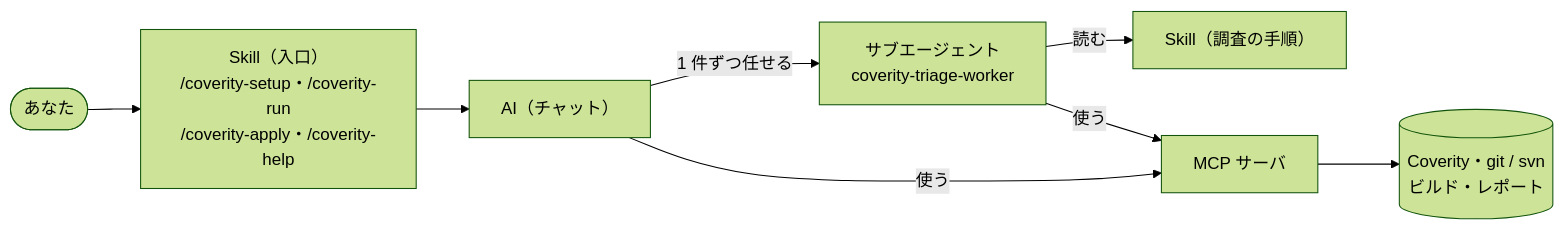
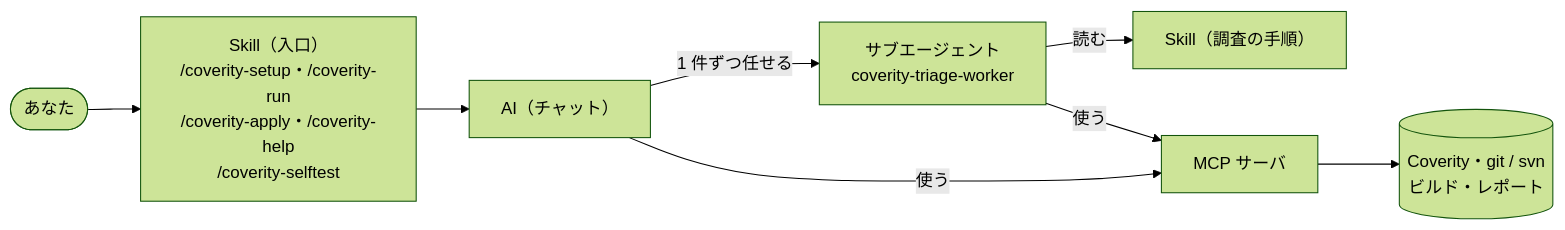
One commit to imaeda-hub/coverity-triage-agent changed the diagram in README.md. Above: the diagram before and after it, drawn with Mermaid (forest theme). The commit also changed other lines of this file and 18 other files, not shown here.

First line of the commit message:
動作確認の Skill /coverity-selftest を追加

````diff
--- a/README.md
+++ b/README.md
@@ -42,10 +44,10 @@
 ```mermaid
 flowchart LR
-    U([あなた]) --> E["Skill（入口）<br>/coverity-setup・/coverity-run<br>/coverity-apply・/coverity-help"]
+    U([あなた]) --> E["Skill（入口）<br>/coverity-setup・/coverity-run<br>/coverity-apply・/coverity-help<br>/coverity-selftest"]
     E --> A["AI（チャット）"]
     A -- 1 件ずつ任せる --> W["サブエージェント<br>coverity-triage-worker"]
     W -- 読む --> K["Skill（調査の手順）"]
     A -- 使う --> M["MCP サーバ"]
     W -- 使う --> M
     M --> X[("Coverity・git / svn<br>ビルド・レポート")]
 ```
````
